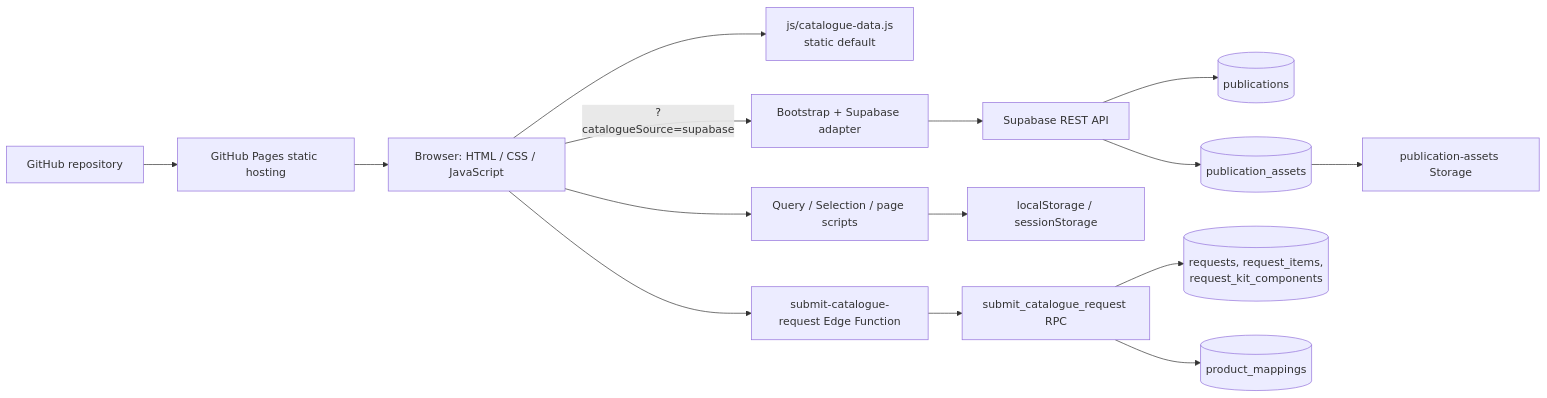
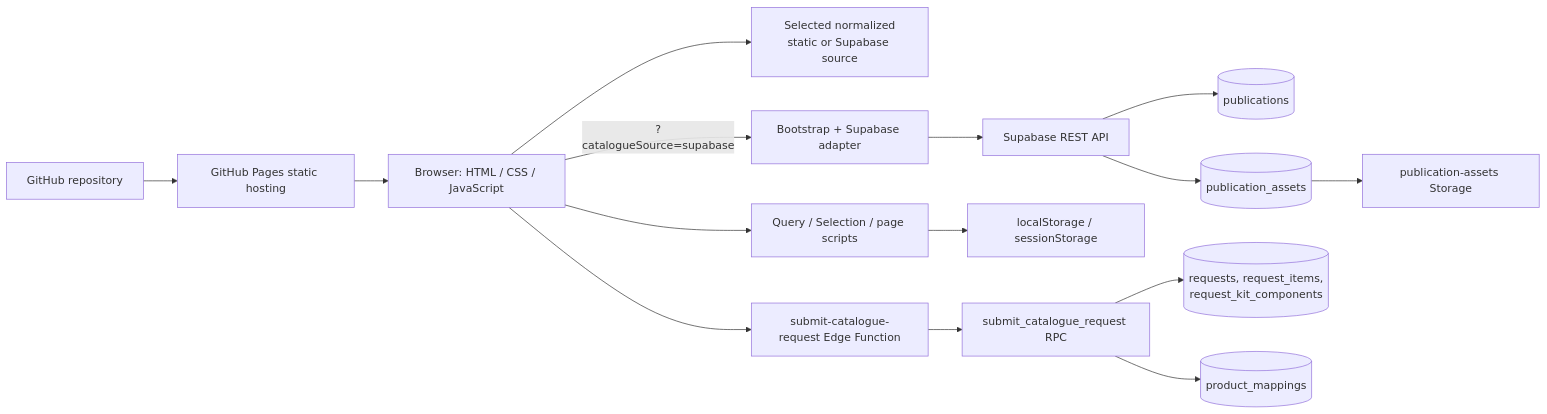
The first of 4 diagrams in docs/06-technical-design.md (cpcbooks/digital-catalogue), drawn with Mermaid before and after one commit. The commit also changed other lines of this file and 11 other files, not shown here.

````diff
--- a/docs/06-technical-design.md
+++ b/docs/06-technical-design.md
@@ -42,17 +44,17 @@
 ```mermaid
 flowchart LR
   GH[GitHub repository] --> GP[GitHub Pages static hosting]
   GP --> B[Browser: HTML / CSS / JavaScript]
-  B --> SD[js/catalogue-data.js\nstatic default]
+  B --> SD[Selected normalized\nstatic or Supabase source]
   B --> Q[Query / Selection / page scripts]
   B -->|?catalogueSource=supabase| BOOT[Bootstrap + Supabase adapter]
   BOOT --> API[Supabase REST API]
   API --> PUB[(publications)]
   API --> AS[(publication_assets)]
   AS --> ST[publication-assets Storage]
   Q --> LS[localStorage / sessionStorage]
   B --> EF[submit-catalogue-request Edge Function]
   EF --> RPC[submit_catalogue_request RPC]
   RPC --> REQ[(requests, request_items,\nrequest_kit_components)]
   RPC --> MAP[(product_mappings)]
 ```
````
